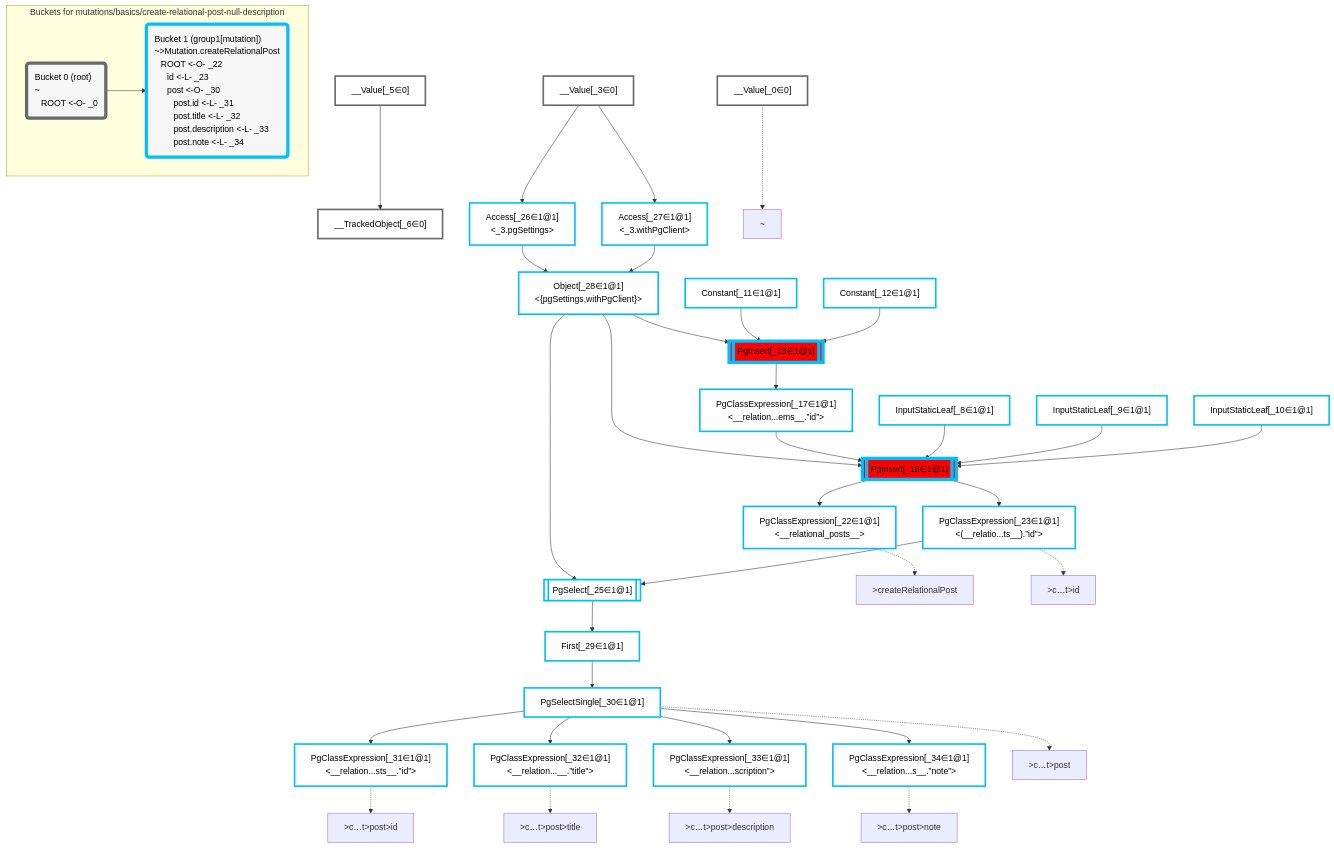
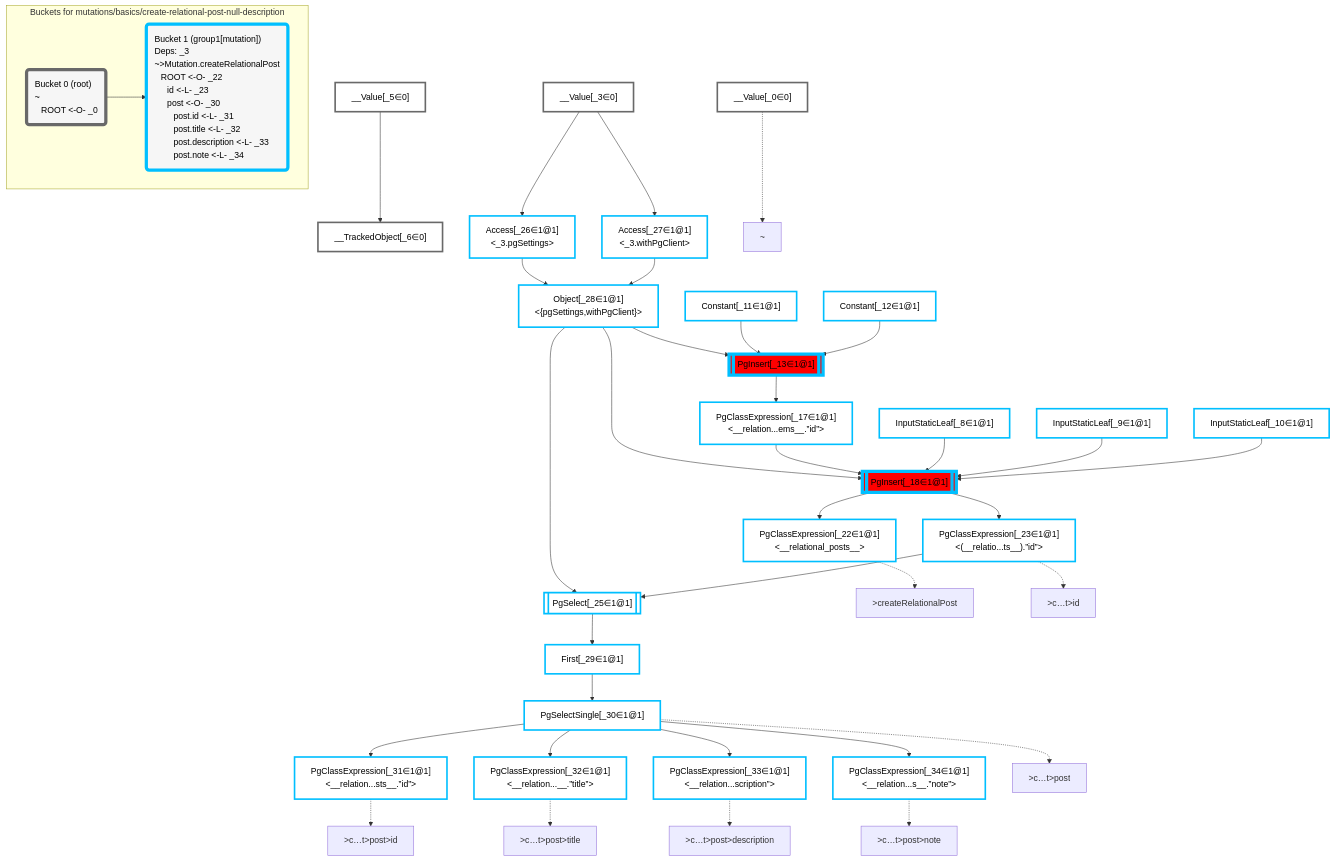
The diagram in packages/dataplan-pg/__tests__/mutations/basics/create-relational-post-null-description.deopt.mermaid.md (graphile/crystal), drawn with Mermaid before and after one commit. The commit also changed 157 other files, not shown here.

```diff
--- a/packages/dataplan-pg/__tests__/mutations/basics/create-relational-post-null-description.deopt.mermaid.md
+++ b/packages/dataplan-pg/__tests__/mutations/basics/create-relational-post-null-description.deopt.mermaid.md
@@ -86,7 +86,7 @@
     subgraph "Buckets for mutations/basics/create-relational-post-null-description"
     Bucket0("Bucket 0 (root)<br />~<br />⠀ROOT <-O- _0"):::bucket
     style Bucket0 stroke:#696969
-    Bucket1("Bucket 1 (group1[mutation])<br />~>Mutation.createRelationalPost<br />⠀ROOT <-O- _22<br />⠀⠀id <-L- _23<br />⠀⠀post <-O- _30<br />⠀⠀⠀post.id <-L- _31<br />⠀⠀⠀post.title <-L- _32<br />⠀⠀⠀post.description <-L- _33<br />⠀⠀⠀post.note <-L- _34"):::bucket
+    Bucket1("Bucket 1 (group1[mutation])<br />Deps: _3<br />~>Mutation.createRelationalPost<br />⠀ROOT <-O- _22<br />⠀⠀id <-L- _23<br />⠀⠀post <-O- _30<br />⠀⠀⠀post.id <-L- _31<br />⠀⠀⠀post.title <-L- _32<br />⠀⠀⠀post.description <-L- _33<br />⠀⠀⠀post.note <-L- _34"):::bucket
     style Bucket1 stroke:#00bfff
     Bucket0 --> Bucket1
     end
```
